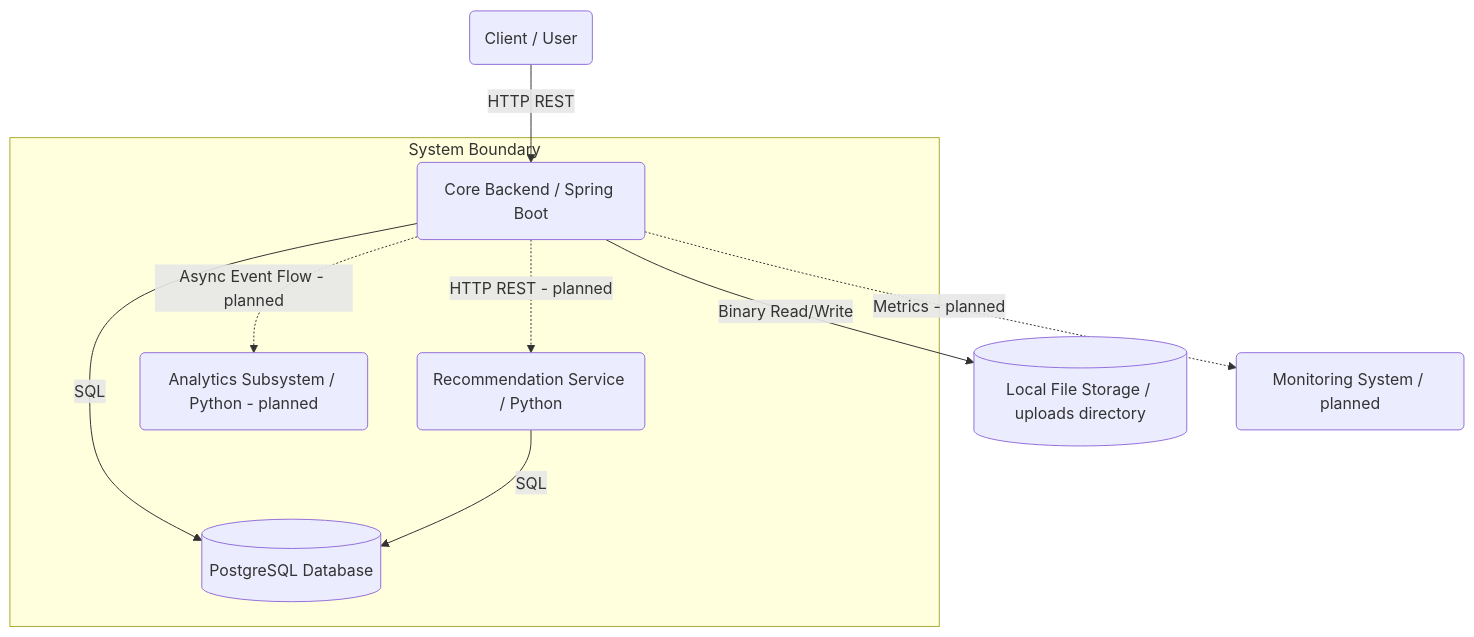
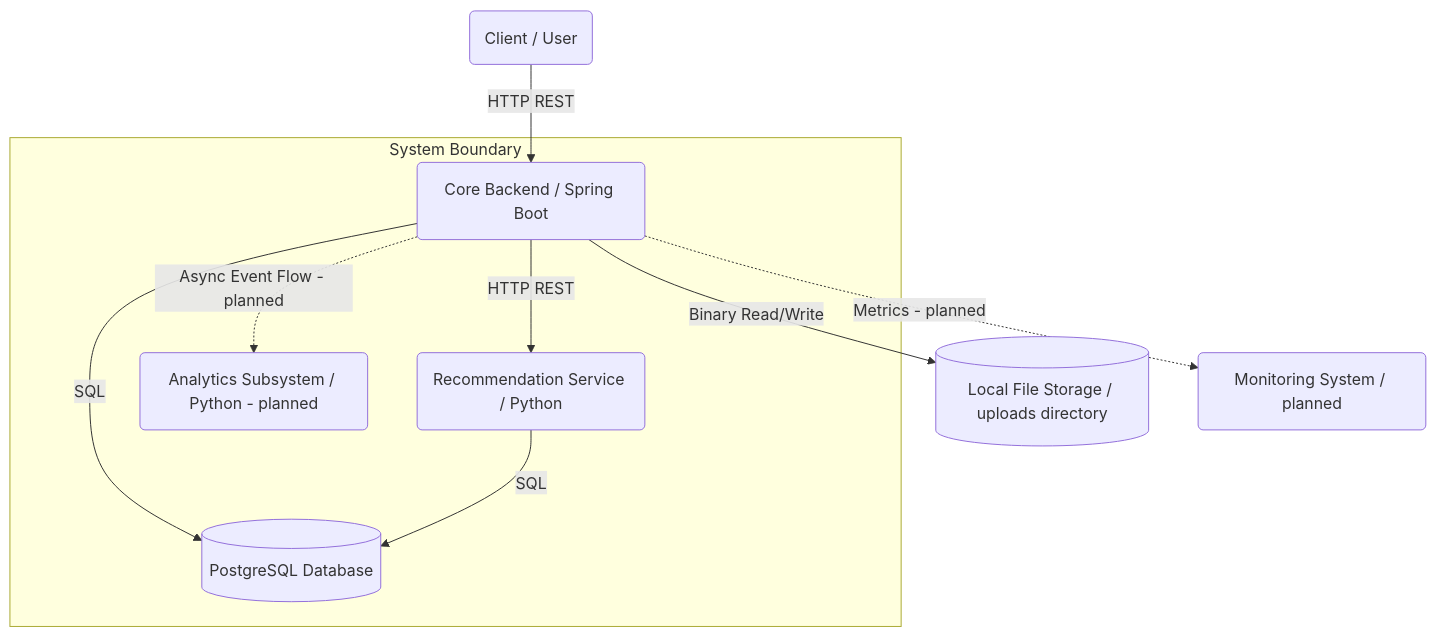
One commit to ferigeek/sarv changed the diagram in docs/docs/en/3-Architecture.md. Above: the diagram before and after it, drawn with Mermaid. The commit also changed other lines of this file and 8 other files, not shown here.

````diff
--- a/docs/docs/en/3-Architecture.md
+++ b/docs/docs/en/3-Architecture.md
@@ -20,22 +20,22 @@
 ```mermaid
 graph TD
     Client(Client / User)
     LocalFileStorage[(Local File Storage / uploads directory)]
     Monitoring(Monitoring System / planned)
 
     subgraph System Boundary
         Backend(Core Backend / Spring Boot)
         Recommender(Recommendation Service / Python)
         Analytics(Analytics Subsystem / Python - planned)
         Postgres[(PostgreSQL Database)]
     end
 
     Client -- HTTP REST --> Backend
     Backend -- SQL --> Postgres
     Backend -- Binary Read/Write --> LocalFileStorage
     Recommender -- SQL --> Postgres
 
-    Backend -. HTTP REST - planned .-> Recommender
+    Backend -- HTTP REST --> Recommender
     Backend -. Async Event Flow - planned .-> Analytics
     Backend -. Metrics - planned .-> Monitoring
 ```
````
